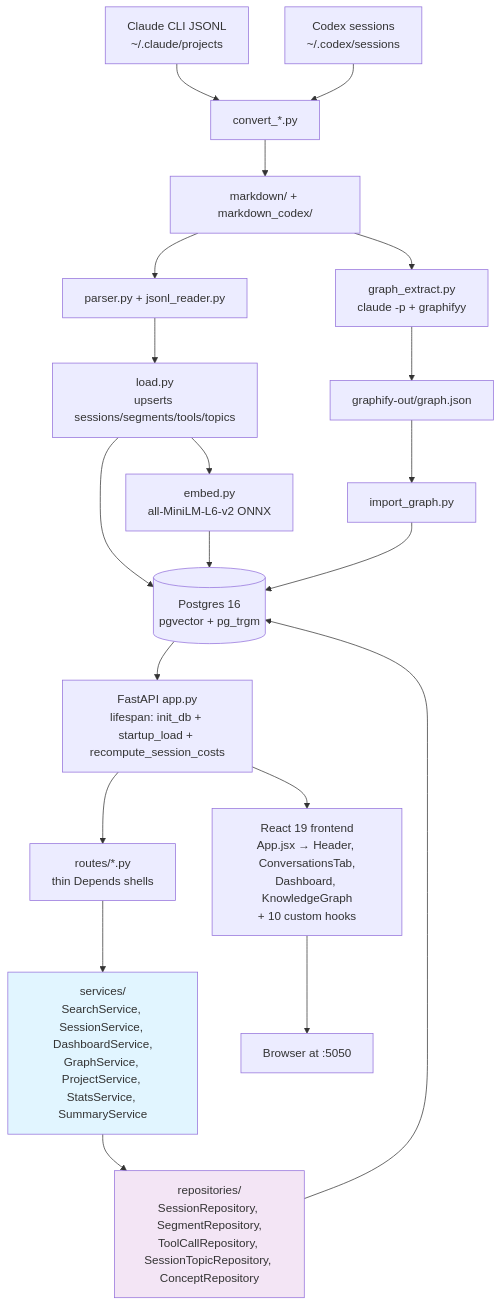
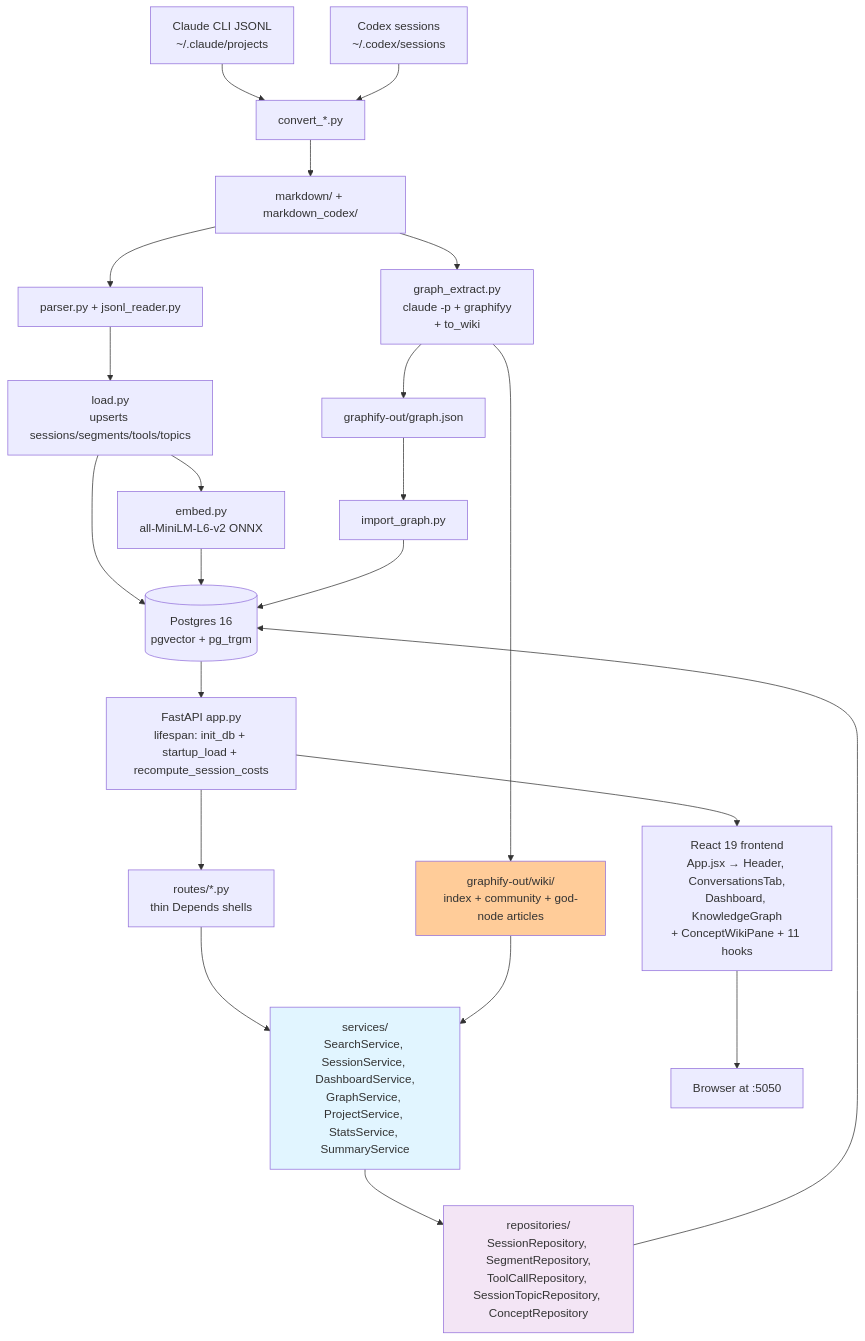
Before and after one commit to amrambouskila/llm-cli-conversations: the diagram in README.md, drawn with Mermaid. The commit also changed other lines of this file and 29 other files, not shown here.

````diff
--- a/README.md
+++ b/README.md
@@ -142,27 +142,30 @@
 ```mermaid
 graph TD
     A[Claude CLI JSONL<br/>~/.claude/projects] --> B[convert_*.py]
     C[Codex sessions<br/>~/.codex/sessions] --> B
     B --> D[markdown/ + markdown_codex/]
     D --> E[parser.py + jsonl_reader.py]
     E --> F[load.py<br/>upserts sessions/segments/tools/topics]
     F --> G[(Postgres 16<br/>pgvector + pg_trgm)]
     F --> H[embed.py<br/>all-MiniLM-L6-v2 ONNX]
     H --> G
-    D --> I[graph_extract.py<br/>claude -p + graphifyy]
+    D --> I[graph_extract.py<br/>claude -p + graphifyy<br/>+ to_wiki]
     I --> J[graphify-out/graph.json]
+    I --> WIKI[graphify-out/wiki/<br/>index + community + god-node articles]
     J --> K[import_graph.py]
     K --> G
 
     G --> L[FastAPI app.py<br/>lifespan: init_db + startup_load + recompute_session_costs]
     L --> M[routes/*.py<br/>thin Depends shells]
     M --> N[services/<br/>SearchService, SessionService, DashboardService,<br/>GraphService, ProjectService, StatsService, SummaryService]
     N --> O[repositories/<br/>SessionRepository, SegmentRepository,<br/>ToolCallRepository, SessionTopicRepository, ConceptRepository]
     O --> G
+    WIKI --> N
 
-    L --> P[React 19 frontend<br/>App.jsx → Header, ConversationsTab,<br/>Dashboard, KnowledgeGraph<br/>+ 10 custom hooks]
+    L --> P[React 19 frontend<br/>App.jsx → Header, ConversationsTab,<br/>Dashboard, KnowledgeGraph<br/>+ ConceptWikiPane + 11 hooks]
     P --> Q[Browser at :5050]
 
     style N fill:#e1f5ff
     style O fill:#f3e5f5
+    style WIKI fill:#fc9
 ```
````
